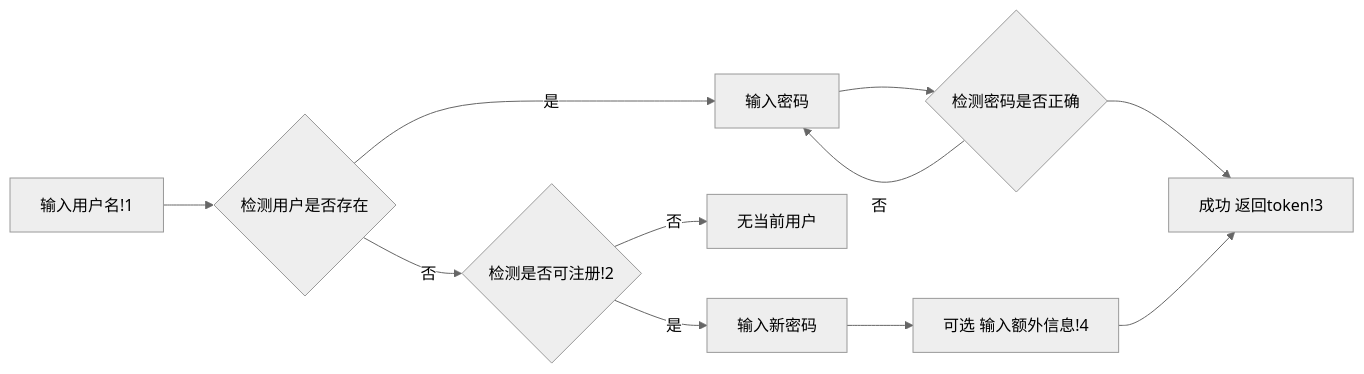
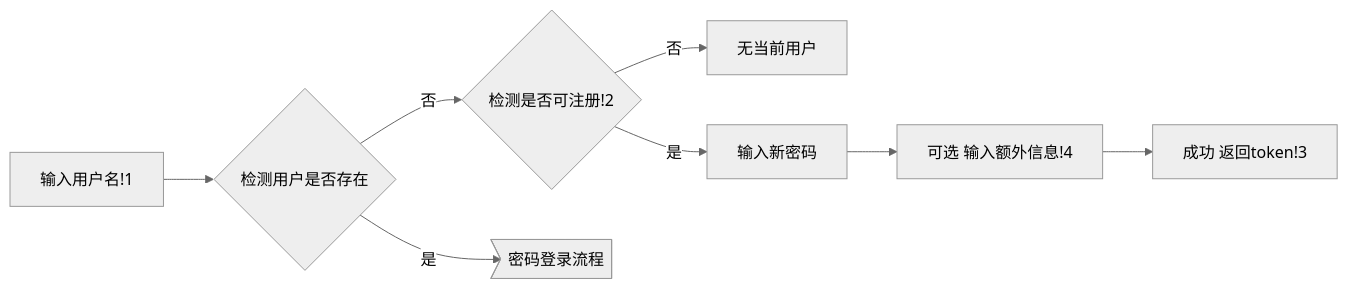
One commit to authu/d-username changed the first of 5 diagrams in zh-cn/README.md. Above: the diagram before and after it, drawn with Mermaid (neutral theme). The commit also changed other lines of this file and 2 other files, not shown here.

````diff
--- a/zh-cn/README.md
+++ b/zh-cn/README.md
@@ -7,26 +7,22 @@
 ```mermaid
 graph LR
 inputName[输入用户名!1]
 checkHasName{检测用户是否存在}
 checkRegistrable{检测是否可注册!2}
-inputPassword[输入密码]
-checkPassword{检测密码是否正确}
+PasswordFlow>密码登录流程]
 outputToken[成功 返回token!3]
 outputFail[无当前用户]
 inputNewPassword[输入新密码]
 inputNewInfo[可选 输入额外信息!4]
 
 inputName --> checkHasName
 
-checkHasName --是--> inputPassword
-inputPassword --> checkPassword
-checkPassword --否--> inputPassword
-checkPassword --> outputToken
+checkHasName --是--> PasswordFlow
 
 checkHasName --否--> checkRegistrable
 checkRegistrable --是--> inputNewPassword
 inputNewPassword --> inputNewInfo
 inputNewInfo --> outputToken
 
 checkRegistrable --否--> outputFail
 ```
````
